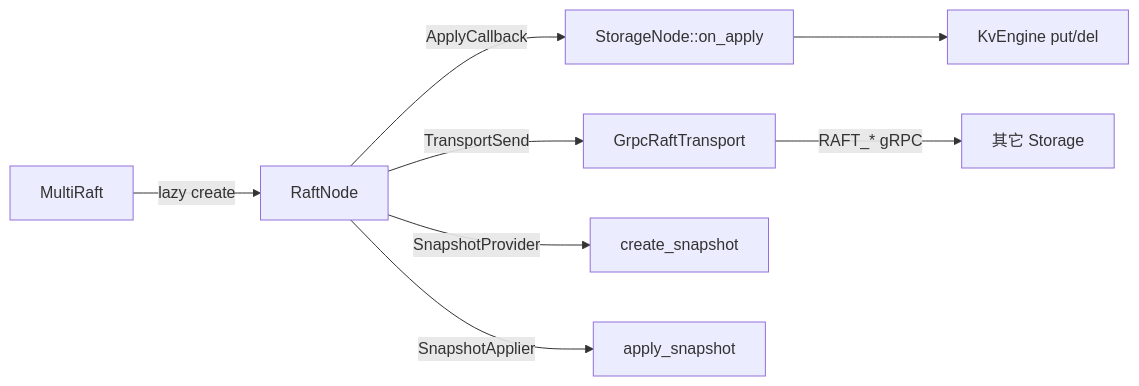
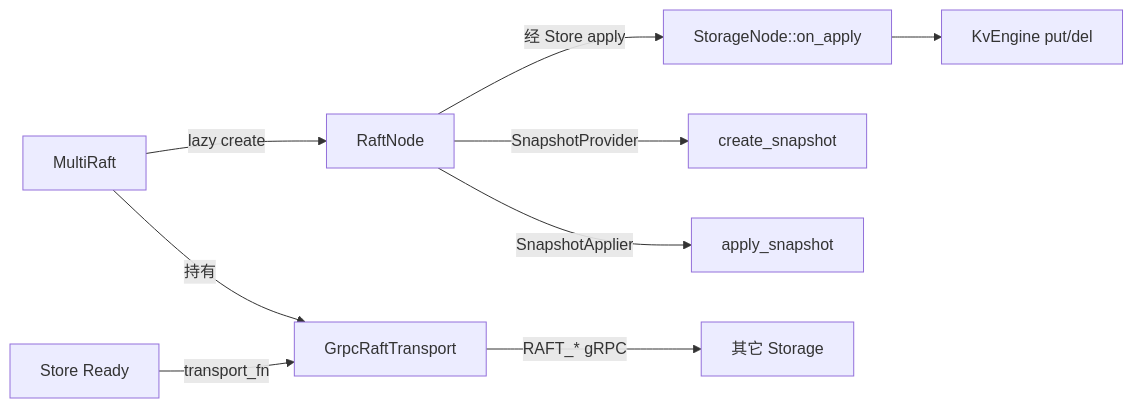
The second of 2 diagrams in docs/flows/07-storage-startup.md (devotionalist/openkv), drawn with Mermaid before and after one commit. The commit also changed other lines of this file and 196 other files, not shown here.

First line of the commit message:
Fold Storage Raft writes into Store and adopt Google C++20 formatting.

````diff
--- a/docs/flows/07-storage-startup.md
+++ b/docs/flows/07-storage-startup.md
@@ -31,10 +28,11 @@
 ```mermaid
 flowchart LR
-  MR[MultiRaft] -->|lazy create| RN[RaftNode]
-  RN -->|ApplyCallback| OA[StorageNode::on_apply]
+  MR[MultiRaft] -->|持有| TT[GrpcRaftTransport]
+  MR -->|lazy create| RN[RaftNode]
+  ST[Store Ready] -->|transport_fn| TT
+  RN -->|经 Store apply| OA[StorageNode::on_apply]
   OA --> KE[KvEngine put/del]
-  RN -->|TransportSend| TT[GrpcRaftTransport]
   RN -->|SnapshotProvider| CS[create_snapshot]
   RN -->|SnapshotApplier| AS[apply_snapshot]
   TT -->|RAFT_* gRPC| Peer[其它 Storage]
 ```
````
